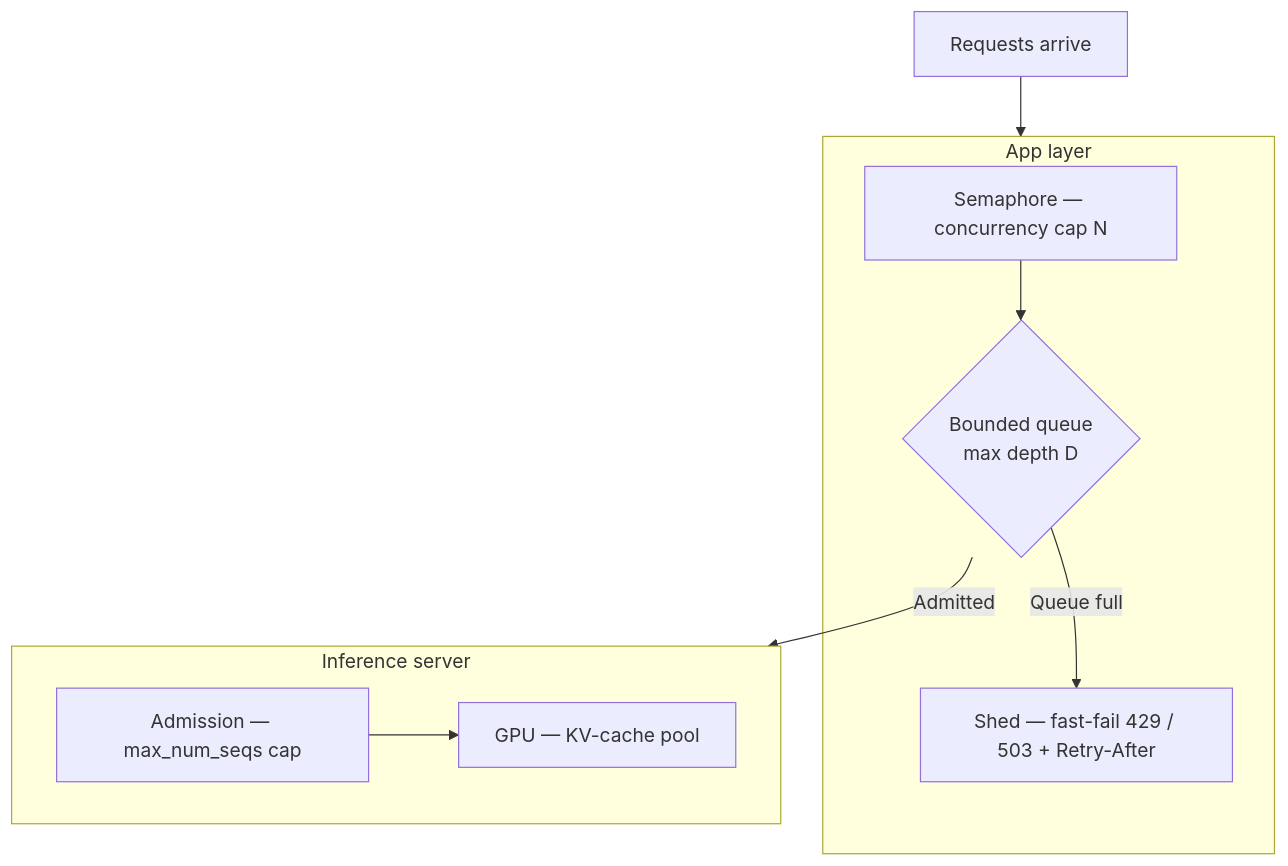
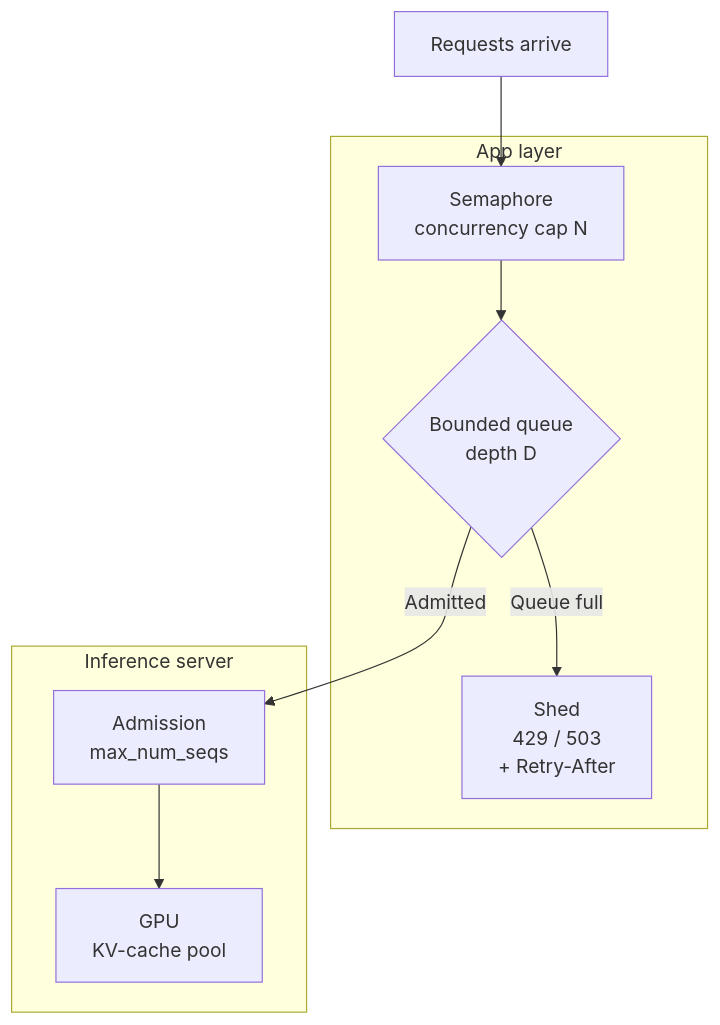
Before and after one commit to NikolaiSachok/ai-engineering-handbook: the first of 2 diagrams in docs/part-3-production/serving/deep-dive.md, drawn with Mermaid. The commit also changed other lines of this file and 75 other files, not shown here.

First line of the commit message:
fix(diagrams): re-author wide diagrams, and measure the three locales the gate never saw (#441)

````diff
--- a/docs/part-3-production/serving/deep-dive.md
+++ b/docs/part-3-production/serving/deep-dive.md
@@ -35,12 +35,12 @@
 ```mermaid
 flowchart TB
-    R["Requests arrive"] --> AL
+    R["Requests arrive"] --> SEM
     subgraph AL["App layer"]
-        SEM["Semaphore — concurrency cap N"] --> Q{"Bounded queue<br/>max depth D"}
-        Q -->|"Queue full"| SHED["Shed — fast-fail 429 / 503 + Retry-After"]
+        SEM["Semaphore<br/>concurrency cap N"] --> Q{"Bounded queue<br/>depth D"}
+        Q -->|"Queue full"| SHED["Shed<br/>429 / 503<br/>+ Retry-After"]
     end
-    Q -->|"Admitted"| IS
+    Q -->|"Admitted"| SCHED
     subgraph IS["Inference server"]
-        SCHED["Admission — max_num_seqs cap"] --> GPU["GPU — KV-cache pool"]
+        SCHED["Admission<br/>max_num_seqs"] --> GPU["GPU<br/>KV-cache pool"]
     end
 ```
````
